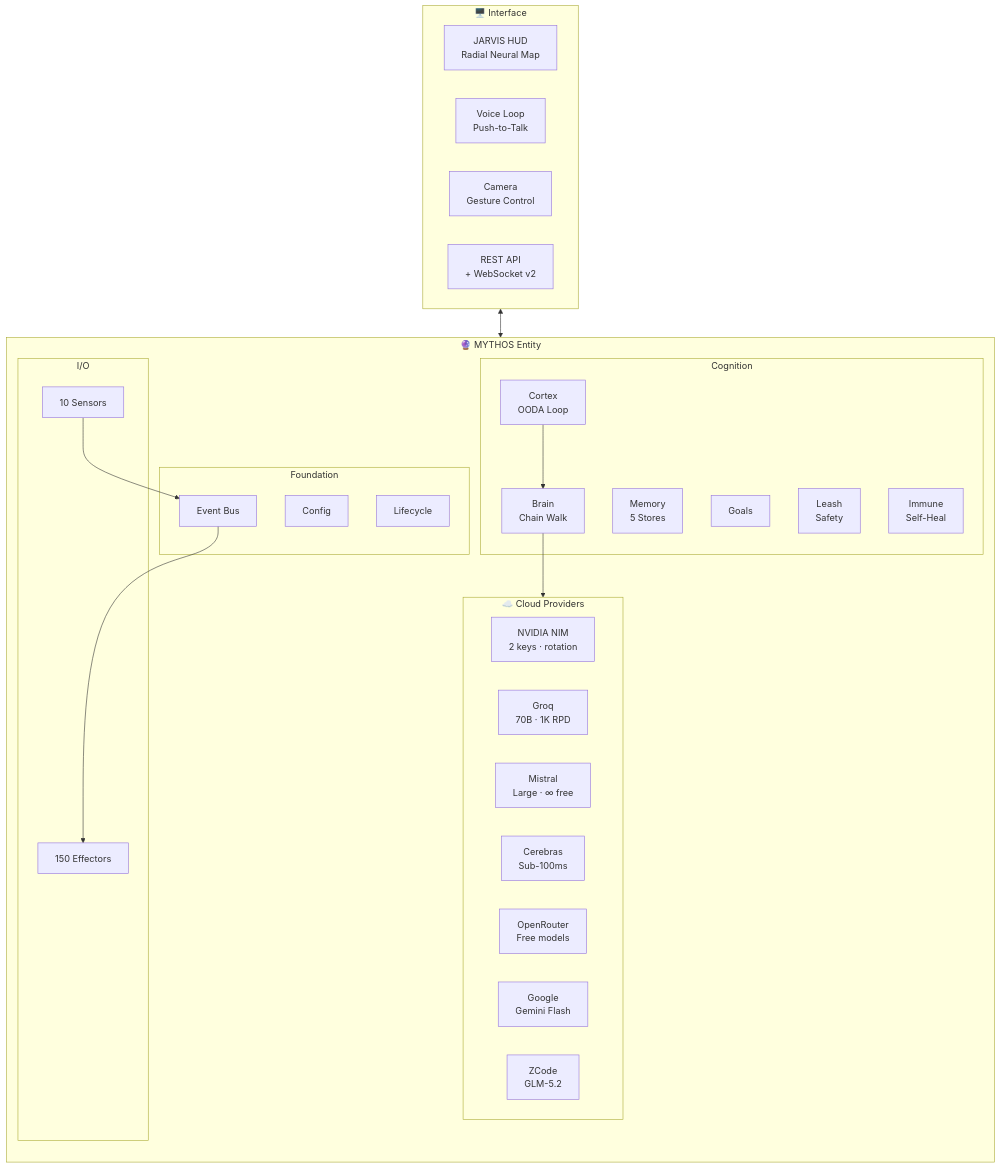
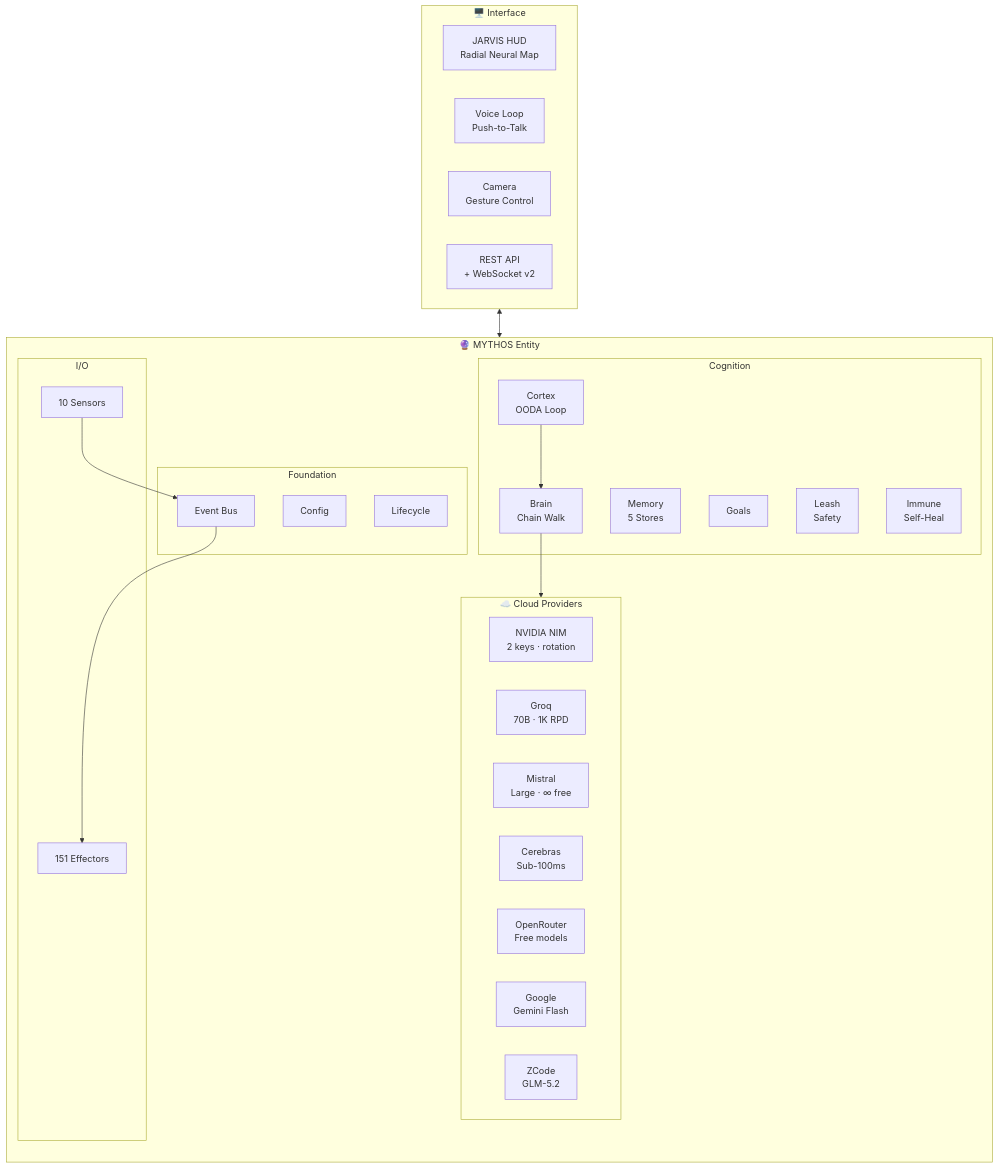
Before and after one commit to HailLucifer666/Agent_OS: the first of 11 diagrams in README.md, drawn with Mermaid. The commit also changed other lines of this file and 14 other files, not shown here.

````diff
--- a/README.md
+++ b/README.md
@@ -48,45 +48,45 @@
 ```mermaid
 flowchart TB
     subgraph Cloud["☁️ Cloud Providers"]
         direction LR
         NIM["NVIDIA NIM<br/>2 keys · rotation"]
         GQ["Groq<br/>70B · 1K RPD"]
         MI["Mistral<br/>Large · ∞ free"]
         CE["Cerebras<br/>Sub-100ms"]
         OR["OpenRouter<br/>Free models"]
         GOOG["Google<br/>Gemini Flash"]
         ZC["ZCode<br/>GLM-5.2"]
     end
 
     subgraph MYTHOS["🔮 MYTHOS Entity"]
         direction TB
         subgraph Foundation["Foundation"]
             CFG["Config"]
             BUS["Event Bus"]
             LIFE["Lifecycle"]
         end
         subgraph Cognition["Cognition"]
             CORT["Cortex<br/>OODA Loop"]
             BRN["Brain<br/>Chain Walk"]
             MEM["Memory<br/>5 Stores"]
             GOAL["Goals"]
             LEASH["Leash<br/>Safety"]
             IMM["Immune<br/>Self-Heal"]
         end
         subgraph IOLayer["I/O"]
             SENS["10 Sensors"]
-            EFF["150 Effectors"]
+            EFF["151 Effectors"]
         end
         CORT --> BRN --> Cloud
         SENS --> BUS --> EFF
     end
 
     subgraph Interface["🖥️ Interface"]
         HUD["JARVIS HUD<br/>Radial Neural Map"]
         VOICE["Voice Loop<br/>Push-to-Talk"]
         CAM["Camera<br/>Gesture Control"]
         API["REST API<br/>+ WebSocket v2"]
     end
 
     Interface <--> MYTHOS
 ```
````
